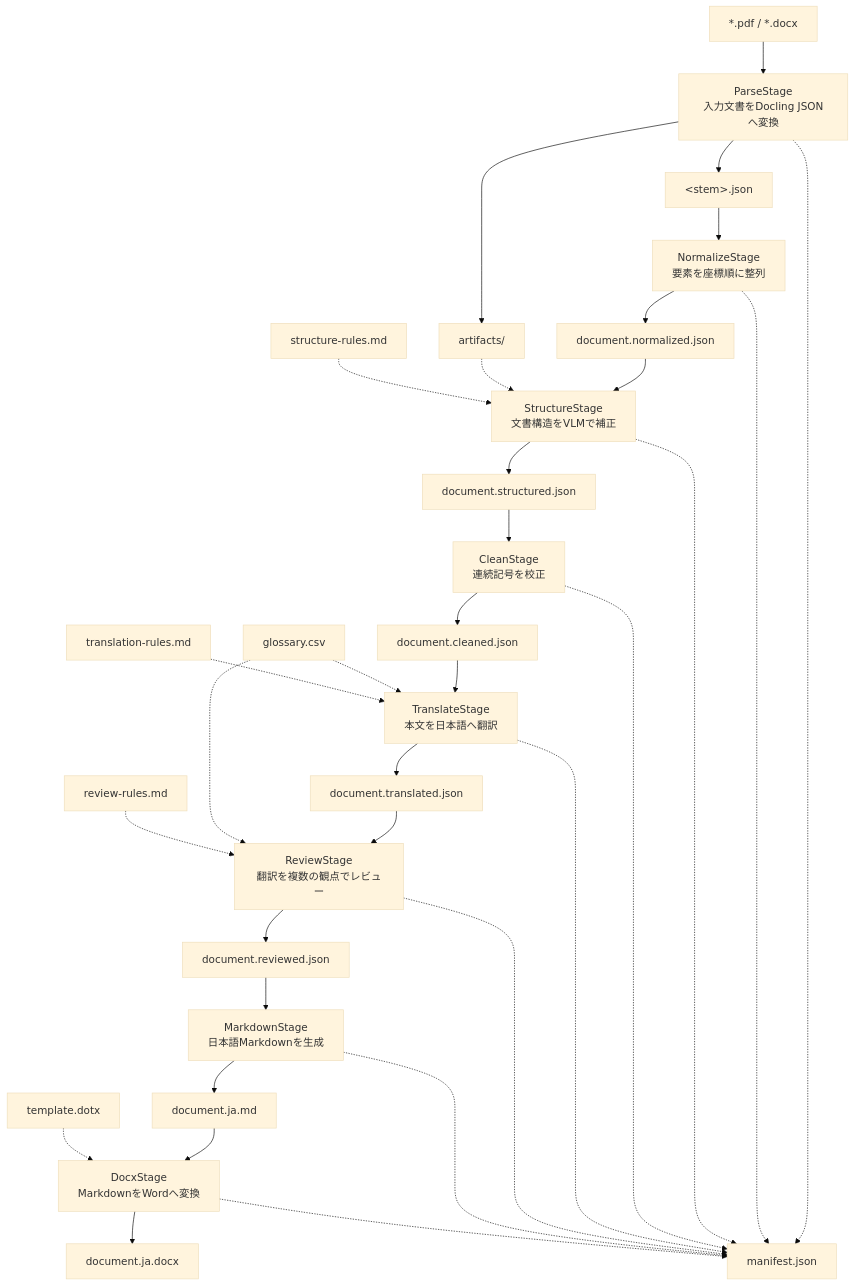
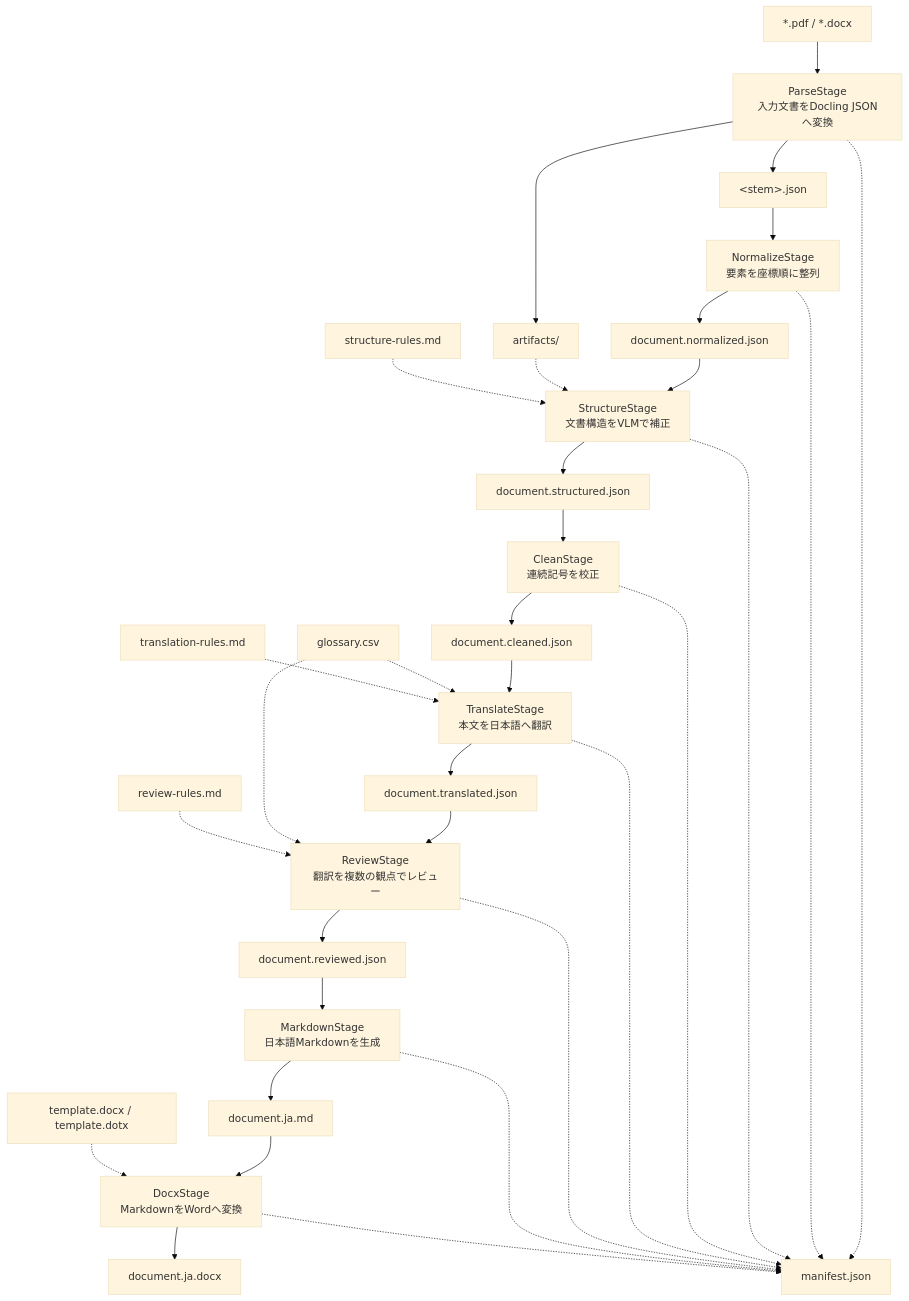
The diagram in skills/translate-ja-v2/references/spec.md (k5-mot/skills), drawn with Mermaid (base theme) before and after one commit. The commit also changed 9 other files, not shown here.

````diff
--- a/skills/translate-ja-v2/references/spec.md
+++ b/skills/translate-ja-v2/references/spec.md
@@ -13,43 +13,43 @@
 ```mermaid
 flowchart TD
     SOURCE["*.pdf / *.docx"] --> PARSE["ParseStage<br/>入力文書をDocling JSONへ変換"]
     PARSE --> RAW["&lt;stem&gt;.json"]
     PARSE --> ARTIFACTS["artifacts/"]
 
     RAW --> NORMALIZE["NormalizeStage<br/>要素を座標順に整列"]
     NORMALIZE --> NORMALIZED["document.normalized.json"]
 
     NORMALIZED --> STRUCTURE["StructureStage<br/>文書構造をVLMで補正"]
     ARTIFACTS -.-> STRUCTURE
     STRUCTURE_RULES["structure-rules.md"] -.-> STRUCTURE
     STRUCTURE --> STRUCTURED["document.structured.json"]
 
     STRUCTURED --> CLEAN["CleanStage<br/>連続記号を校正"]
     CLEAN --> CLEANED["document.cleaned.json"]
 
     CLEANED --> TRANSLATE["TranslateStage<br/>本文を日本語へ翻訳"]
     GLOSSARY["glossary.csv"] -.-> TRANSLATE
     TRANSLATION_RULES["translation-rules.md"] -.-> TRANSLATE
     TRANSLATE --> TRANSLATED["document.translated.json"]
 
     TRANSLATED --> REVIEW["ReviewStage<br/>翻訳を複数の観点でレビュー"]
     GLOSSARY -.-> REVIEW
     REVIEW_RULES["review-rules.md"] -.-> REVIEW
     REVIEW --> REVIEWED["document.reviewed.json"]
 
     REVIEWED --> MARKDOWN["MarkdownStage<br/>日本語Markdownを生成"]
     MARKDOWN --> JA_MD["document.ja.md"]
 
     JA_MD --> DOCX["DocxStage<br/>MarkdownをWordへ変換"]
-    TEMPLATE["template.dotx"] -.-> DOCX
+    TEMPLATE["template.docx / template.dotx"] -.-> DOCX
     DOCX --> JA_DOCX["document.ja.docx"]
 
     PARSE -.-> MANIFEST["manifest.json"]
     NORMALIZE -.-> MANIFEST
     STRUCTURE -.-> MANIFEST
     CLEAN -.-> MANIFEST
     TRANSLATE -.-> MANIFEST
     REVIEW -.-> MANIFEST
     MARKDOWN -.-> MANIFEST
     DOCX -.-> MANIFEST
 ```
````
